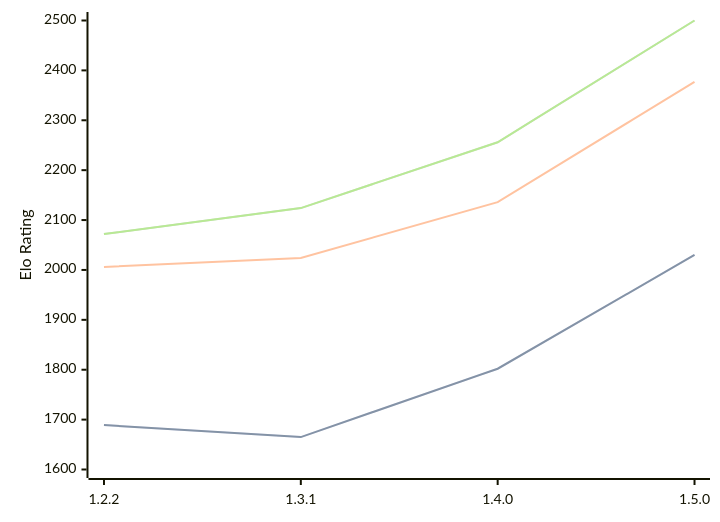
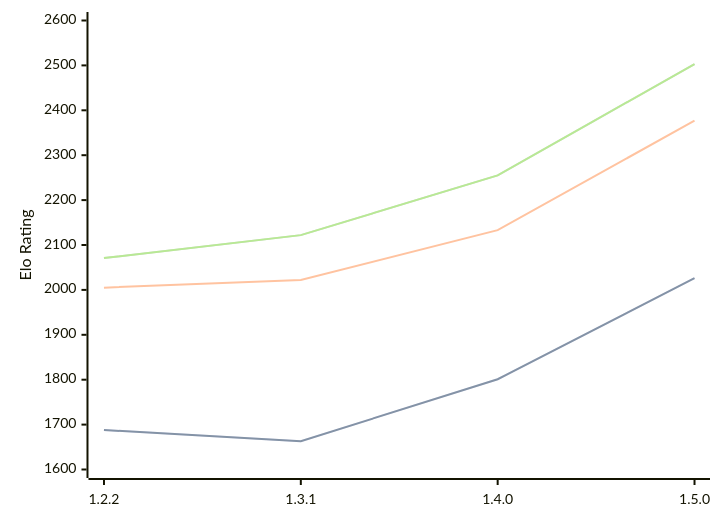
Before and after one commit to computer-chess-index/cci: the diagram in engines/SoloEngine.md, drawn with Mermaid. The commit also changed other lines of this file, not shown here.

Commit message:
Update CCI Ratings (ELO VLTC) - 2026-03-07

````diff
--- a/engines/SoloEngine.md
+++ b/engines/SoloEngine.md
@@ -32,11 +32,11 @@
 ```mermaid
 %%{init: {"theme":"base","themeVariables":{"seriesColors:['#a3a3a3','#222221','#faa371']}}}%%
 xychart-beta
   x-axis ["1.2.2", "1.3.1", "1.4.0", "1.5.0"]
-  y-axis "Elo Rating" 1600 --> 2500
-  line "STC (8.0+0.08s)" [1689, 1665, 1802, 2030]
-  line "STC (8.0+0.08s)" [1689, 1665, 1802, 2030]
-  line "LTC (60.0+0.60s)" [2006, 2024, 2136, 2377]
-  line "VLTC (2m24s+1.12s)" [2072, 2124, 2256, 2500]
-  line "VLTC (2m24s+1.12s)" [2072, 2124, 2256, 2500]
+  y-axis "Elo Rating" 1600 --> 2600
+  line "STC (8.0+0.08s)" [1688, 1663, 1801, 2026]
+  line "STC (8.0+0.08s)" [1688, 1663, 1801, 2026]
+  line "LTC (60.0+0.60s)" [2005, 2022, 2133, 2377]
+  line "VLTC (2m24s+1.12s)" [2071, 2122, 2255, 2503]
+  line "VLTC (2m24s+1.12s)" [2071, 2122, 2255, 2503]
 ```
````
